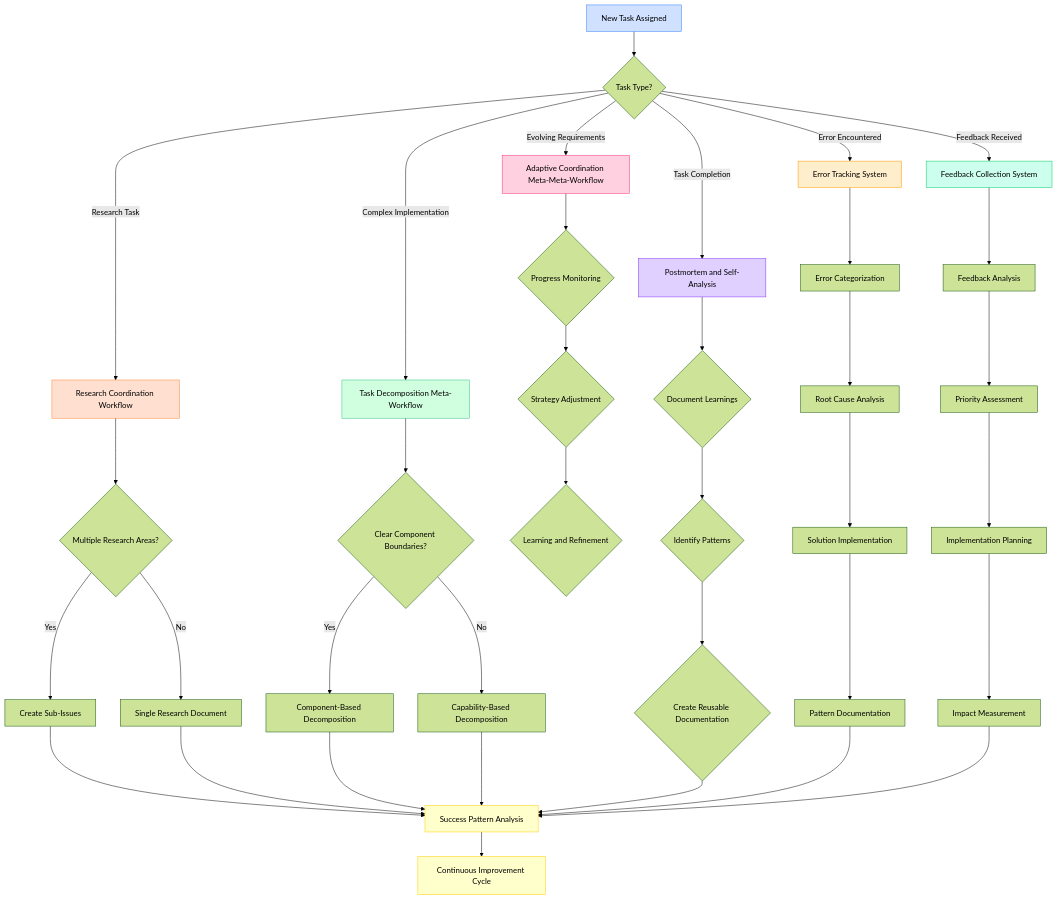
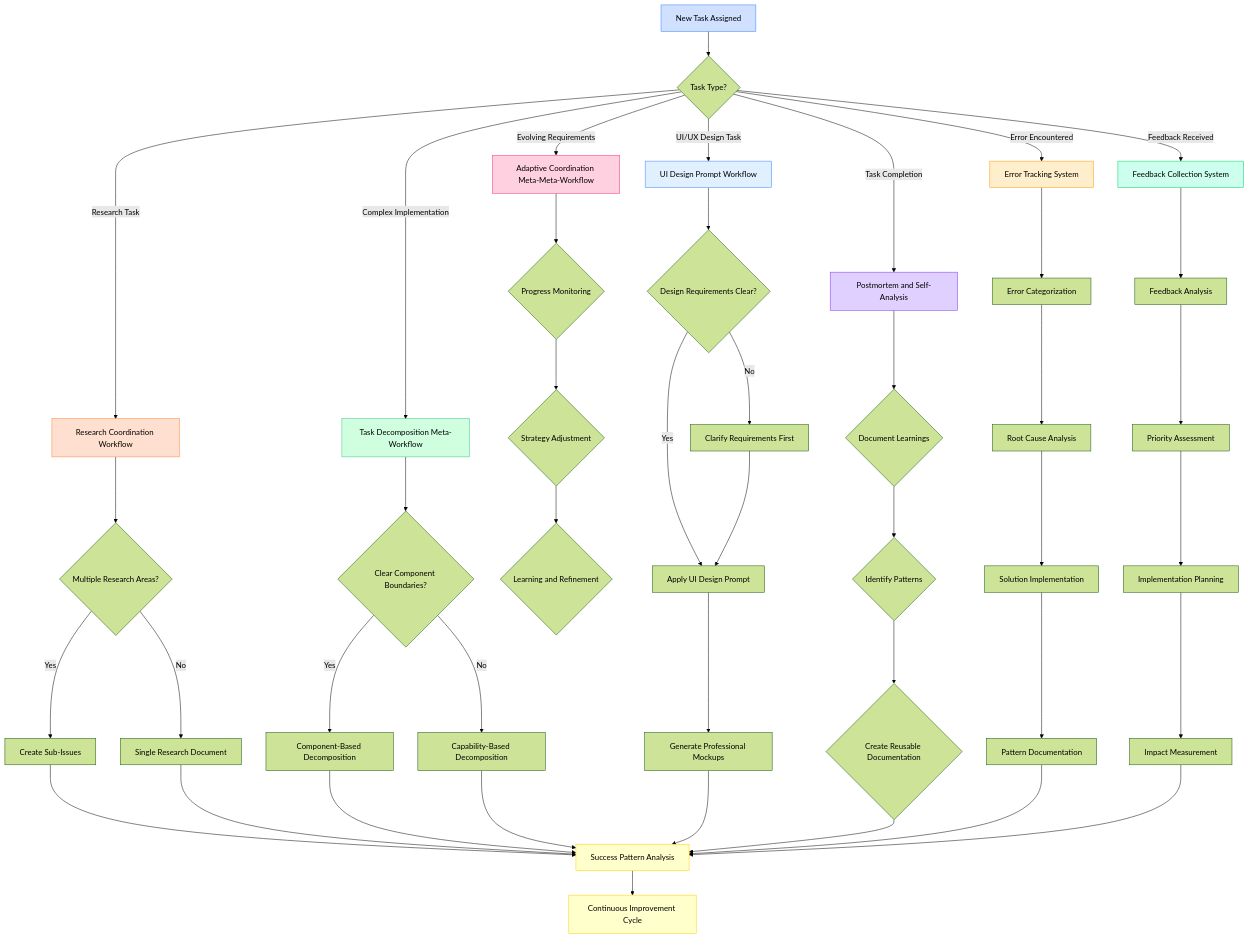
One commit to helaix/agient_ops changed the diagram in .cursor/rules/__START_HERE.mdc. Above: the diagram before and after it, drawn with Mermaid (forest theme). The commit also changed other lines of this file, not shown here.

First line of the commit message:
Integrate PR #37: Add UI Design Prompt as Reusable Workflow

````diff
--- a/.cursor/rules/__START_HERE.mdc
+++ b/.cursor/rules/__START_HERE.mdc
@@ -63,58 +80,67 @@
 ```mermaid
 graph TD
     A[New Task Assigned] --> B{Task Type?}
     
     B -->|Research Task| C[Research Coordination Workflow]
     B -->|Complex Implementation| D[Task Decomposition Meta-Workflow]
     B -->|Evolving Requirements| E[Adaptive Coordination Meta-Meta-Workflow]
+    B -->|UI/UX Design Task| UI[UI Design Prompt Workflow]
     B -->|Task Completion| F[Postmortem and Self-Analysis]
     B -->|Error Encountered| G[Error Tracking System]
     B -->|Feedback Received| H[Feedback Collection System]
     
     C --> G1{Multiple Research Areas?}
     G1 -->|Yes| H1[Create Sub-Issues]
     G1 -->|No| I1[Single Research Document]
     
     D --> J1{Clear Component Boundaries?}
     J1 -->|Yes| K1[Component-Based Decomposition]
     J1 -->|No| L1[Capability-Based Decomposition]
     
     E --> M1{Progress Monitoring}
     M1 --> N1{Strategy Adjustment}
     N1 --> O1{Learning and Refinement}
+    
+    UI --> UI1{Design Requirements Clear?}
+    UI1 -->|Yes| UI2[Apply UI Design Prompt]
+    UI1 -->|No| UI3[Clarify Requirements First]
+    UI2 --> UI4[Generate Professional Mockups]
+    UI3 --> UI2
     
     F --> P1{Document Learnings}
     P1 --> Q1{Identify Patterns}
     Q1 --> R1{Create Reusable Documentation}
     
     G --> S1[Error Categorization]
     S1 --> T1[Root Cause Analysis]
     T1 --> U1[Solution Implementation]
     U1 --> V1[Pattern Documentation]
     
     H --> W1[Feedback Analysis]
     W1 --> X1[Priority Assessment]
     X1 --> Y1[Implementation Planning]
     Y1 --> Z1[Impact Measurement]
     
     %% Self-Improvement Integration Points
     H1 --> SI1[Success Pattern Analysis]
     I1 --> SI1
     K1 --> SI1
     L1 --> SI1
+    UI4 --> SI1
     R1 --> SI1
     V1 --> SI1
     Z1 --> SI1
     
     SI1 --> SI2[Continuous Improvement Cycle]
     
     style A fill:#d0e0ff,stroke:#3080ff
     style C fill:#ffe0d0,stroke:#ff8030
     style D fill:#d0ffe0,stroke:#30c080
     style E fill:#ffd0e0,stroke:#ff3080
+    style UI fill:#e0f0ff,stroke:#4080ff
     style F fill:#e0d0ff,stroke:#8030ff
     style G fill:#ffeecc,stroke:#ff9900
     style H fill:#ccffee,stroke:#00cc66
     style SI1 fill:#ffffcc,stroke:#ffcc00
     style SI2 fill:#ffffcc,stroke:#ffcc00
 ```
````
